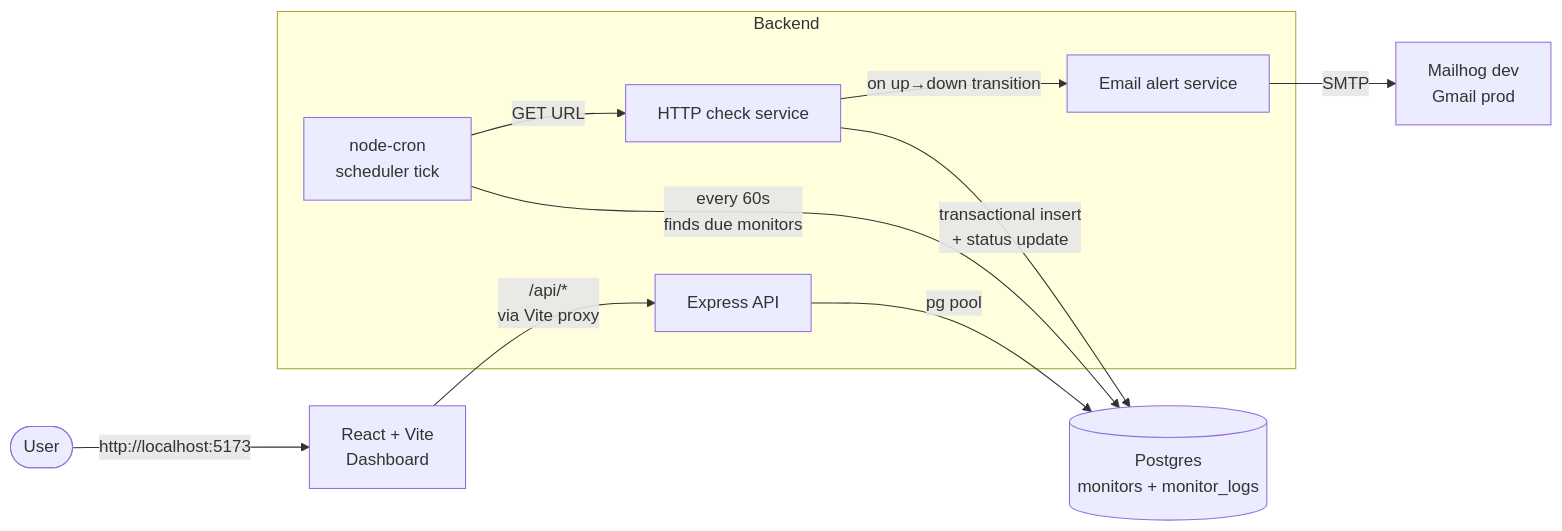
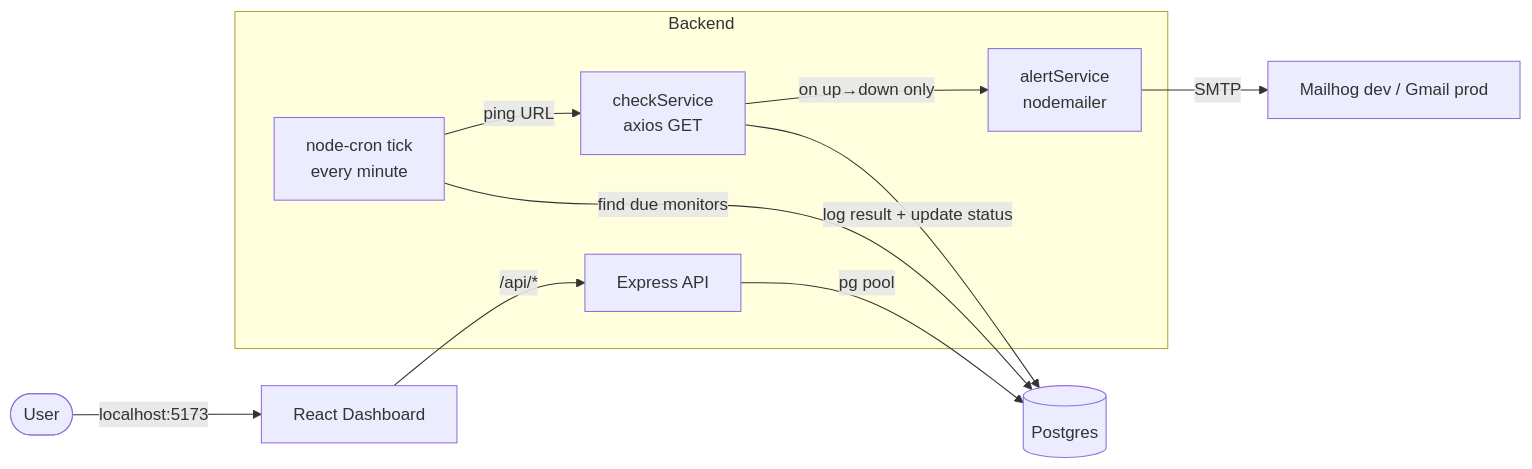
The first of 2 diagrams in README.md (Wafinator/Uptime-Monitor), drawn with Mermaid before and after one commit. The commit also changed other lines of this file, not shown here.

````diff
--- a/README.md
+++ b/README.md
@@ -27,19 +28,19 @@
 ```mermaid
 flowchart LR
-    User([User]) -->|http://localhost:5173| FE[React + Vite<br/>Dashboard]
-    FE -->|/api/*<br/>via Vite proxy| API[Express API]
-    API -->|pg pool| DB[(Postgres<br/>monitors + monitor_logs)]
+    User([User]) -->|localhost:5173| FE[React Dashboard]
+    FE -->|/api/*| API[Express API]
+    API -->|pg pool| DB[(Postgres)]
 
     subgraph Backend
         API
-        Scheduler[node-cron<br/>scheduler tick]
-        Check[HTTP check service]
-        Alert[Email alert service]
+        Scheduler[node-cron tick<br/>every minute]
+        Check[checkService<br/>axios GET]
+        Alert[alertService<br/>nodemailer]
     end
 
-    Scheduler -->|every 60s<br/>finds due monitors| DB
-    Scheduler -->|GET URL| Check
-    Check -->|transactional insert<br/>+ status update| DB
-    Check -->|on up→down transition| Alert
-    Alert -->|SMTP| Mail[Mailhog dev<br/>Gmail prod]
+    Scheduler -->|find due monitors| DB
+    Scheduler -->|ping URL| Check
+    Check -->|log result + update status| DB
+    Check -->|on up→down only| Alert
+    Alert -->|SMTP| Mail[Mailhog dev / Gmail prod]
 ```
````
